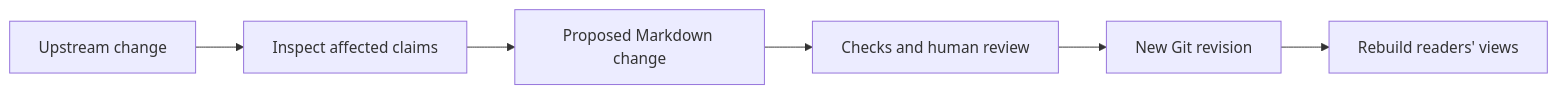
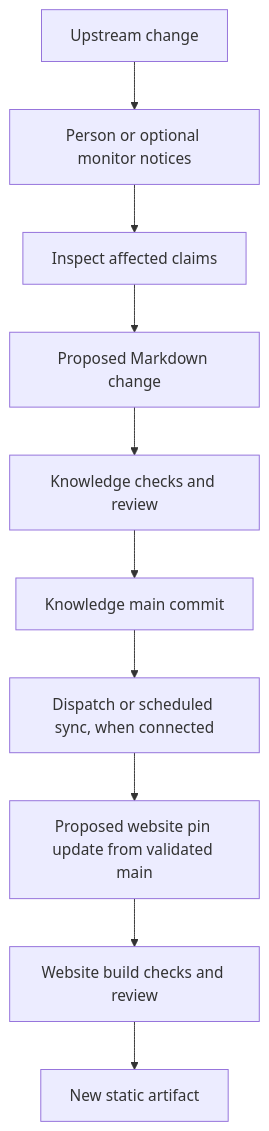
The second of 2 diagrams in knowledge/ai/ai-tooling/knowledge-bases/reference-architecture.md (David-A18/MY-humble-knowledge-for-everyone), drawn with Mermaid before and after one commit. The commit also changed other lines of this file and 6 other files, not shown here.

Commit message:
Align knowledge architecture with static website build

````diff
--- a/knowledge/ai/ai-tooling/knowledge-bases/reference-architecture.md
+++ b/knowledge/ai/ai-tooling/knowledge-bases/reference-architecture.md
@@ -114,8 +144,12 @@
 ```mermaid
-flowchart LR
-  changed["Upstream change"] --> inspect["Inspect affected claims"]
+flowchart TB
+  changed["Upstream change"] --> notice["Person or optional monitor notices"]
+  notice --> inspect["Inspect affected claims"]
   inspect --> patch["Proposed Markdown change"]
-  patch --> checks["Checks and human review"]
-  checks --> revision["New Git revision"]
-  revision --> rebuild["Rebuild readers' views"]
+  patch --> checks["Knowledge checks and review"]
+  checks --> revision["Knowledge main commit"]
+  revision --> sync["Dispatch or scheduled sync, when connected"]
+  sync --> pin["Proposed website pin update from validated main"]
+  pin --> sitecheck["Website build checks and review"]
+  sitecheck --> rebuild["New static artifact"]
 ```
````
